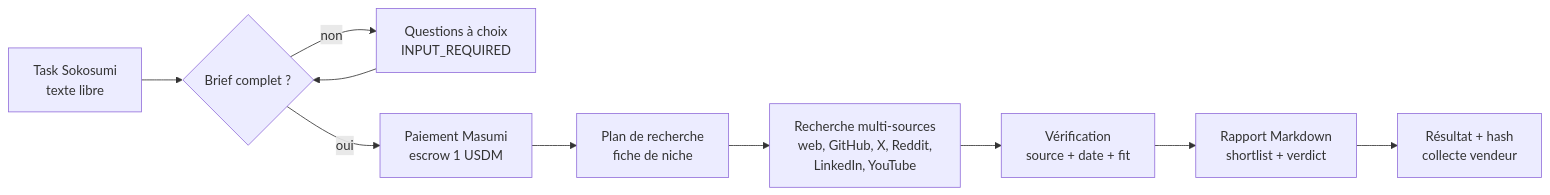
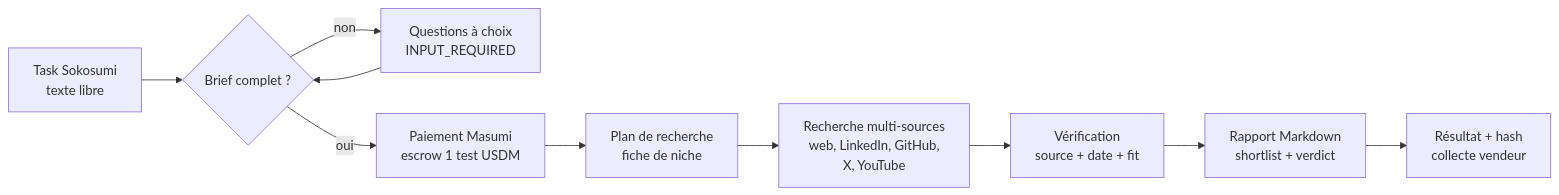
The first of 2 diagrams in BRIEF.md (DVB-ANS/cardano-reach), drawn with Mermaid before and after one commit. The commit also changed other lines of this file and 11 other files, not shown here.

````diff
--- a/BRIEF.md
+++ b/BRIEF.md
@@ -135,12 +135,12 @@
 ```mermaid
 flowchart LR
   A[Task Sokosumi<br/>texte libre] --> B{Brief complet ?}
   B -- non --> C[Questions à choix<br/>INPUT_REQUIRED]
   C --> B
-  B -- oui --> D[Paiement Masumi<br/>escrow 1 USDM]
+  B -- oui --> D[Paiement Masumi<br/>escrow 1 test USDM]
   D --> E[Plan de recherche<br/>fiche de niche]
-  E --> F[Recherche multi-sources<br/>web, GitHub, X, Reddit,<br/>LinkedIn, YouTube]
+  E --> F[Recherche multi-sources<br/>web, LinkedIn, GitHub,<br/>X, YouTube]
   F --> G[Vérification<br/>source + date + fit]
   G --> H[Rapport Markdown<br/>shortlist + verdict]
   H --> I[Résultat + hash<br/>collecte vendeur]
 ```
````
